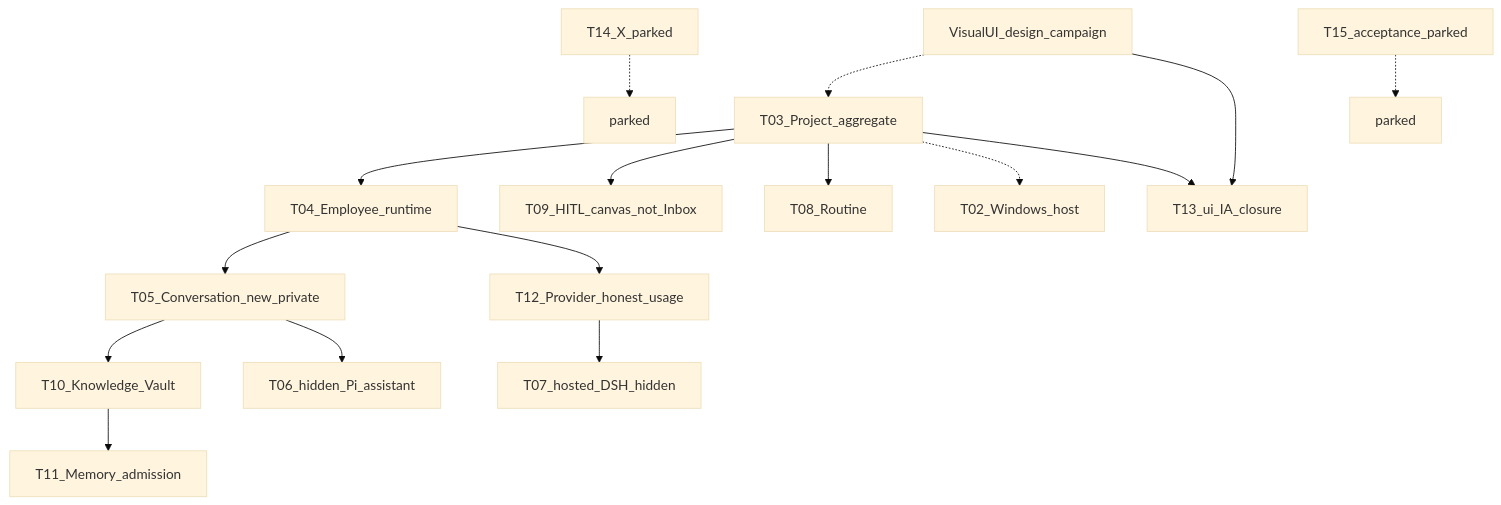
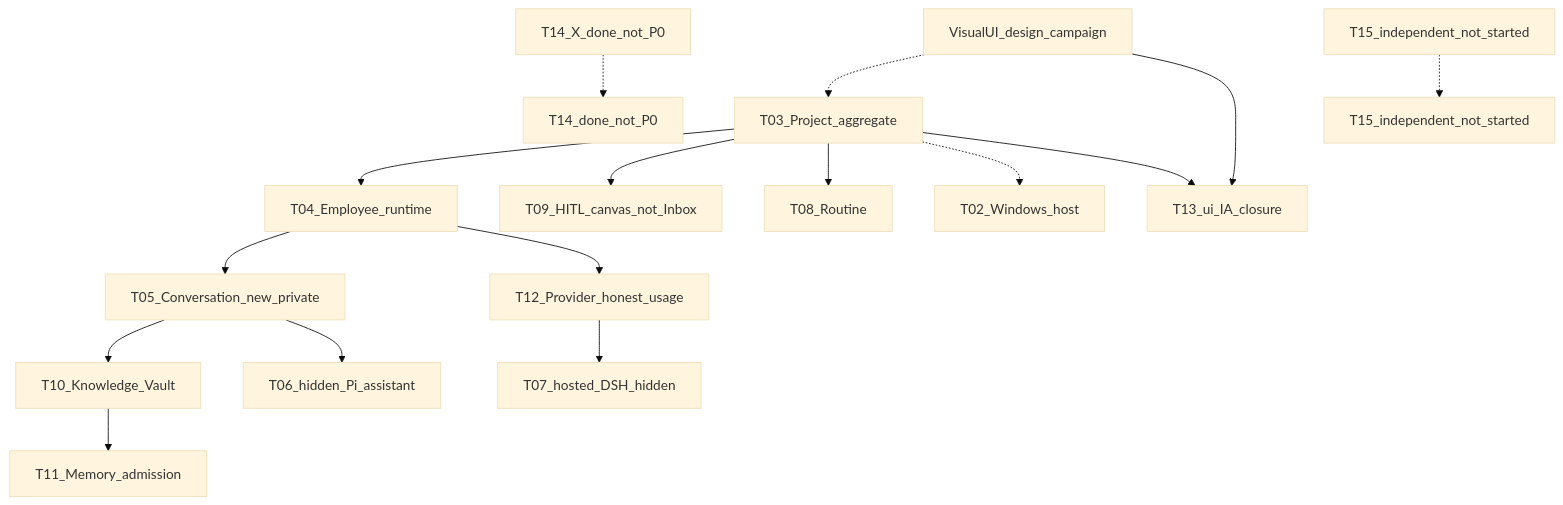
The diagram in personal/docs/architecture/personal-2.0.0-dev-prep-index.md (agentkernel/cognitive-os), drawn with Mermaid (base theme) before and after one commit. The commit also changed other lines of this file and 25 other files, not shown here.

````diff
--- a/personal/docs/architecture/personal-2.0.0-dev-prep-index.md
+++ b/personal/docs/architecture/personal-2.0.0-dev-prep-index.md
@@ -149,33 +156,33 @@
 ```mermaid
 flowchart TD
   vis[VisualUI_design_campaign]
   T03[T03_Project_aggregate]
   T04[T04_Employee_runtime]
   T05[T05_Conversation_new_private]
   T10[T10_Knowledge_Vault]
   T11[T11_Memory_admission]
   T06[T06_hidden_Pi_assistant]
   T09[T09_HITL_canvas_not_Inbox]
   T08[T08_Routine]
   T12[T12_Provider_honest_usage]
   T07[T07_hosted_DSH_hidden]
   T02[T02_Windows_host]
   T13[T13_ui_IA_closure]
-  T14[T14_X_parked]
-  T15[T15_acceptance_parked]
+  T14[T14_X_done_not_P0]
+  T15[T15_independent_not_started]
   vis -.-> T03
   T03 --> T04
   T04 --> T05
   T05 --> T10
   T05 --> T06
   T10 --> T11
   T03 --> T09
   T03 --> T08
   T04 --> T12
   T12 --> T07
   T03 -.-> T02
   T03 --> T13
   vis --> T13
-  T14 -.-> parked1[parked]
-  T15 -.-> parked2[parked]
+  T14 -.-> done14[T14_done_not_P0]
+  T15 -.-> parked2[T15_independent_not_started]
 ```
````
